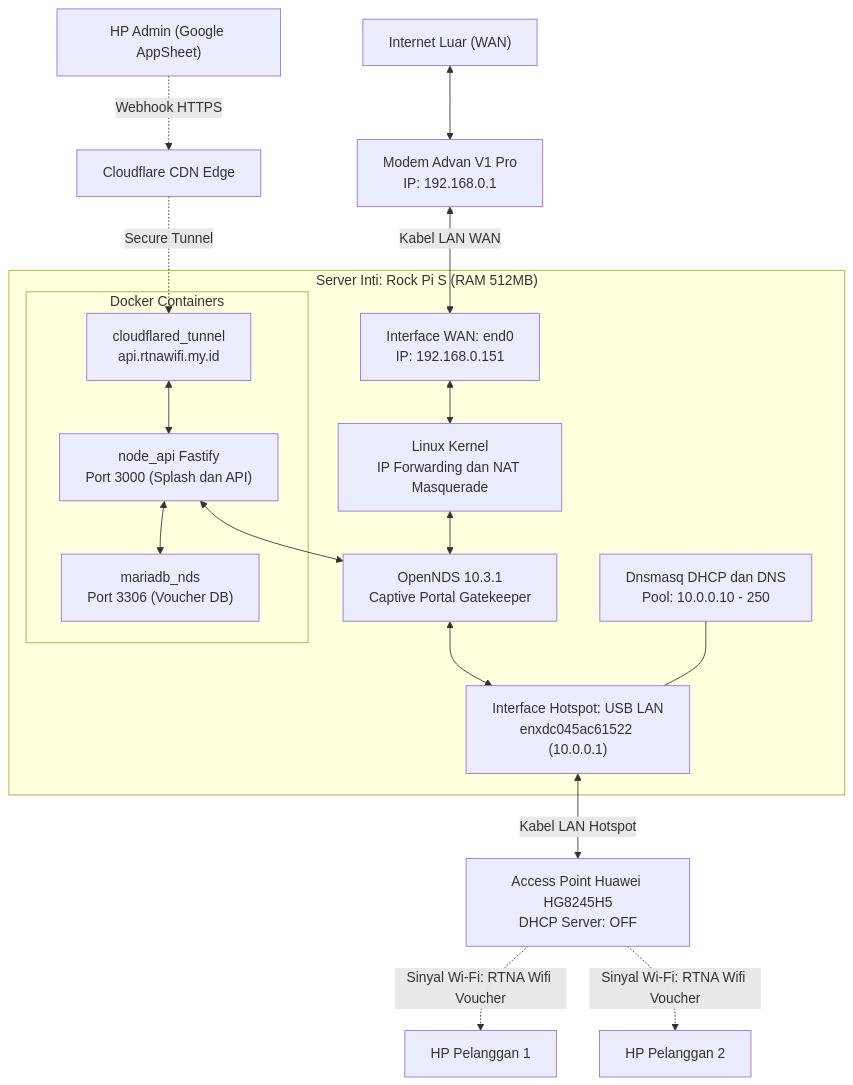
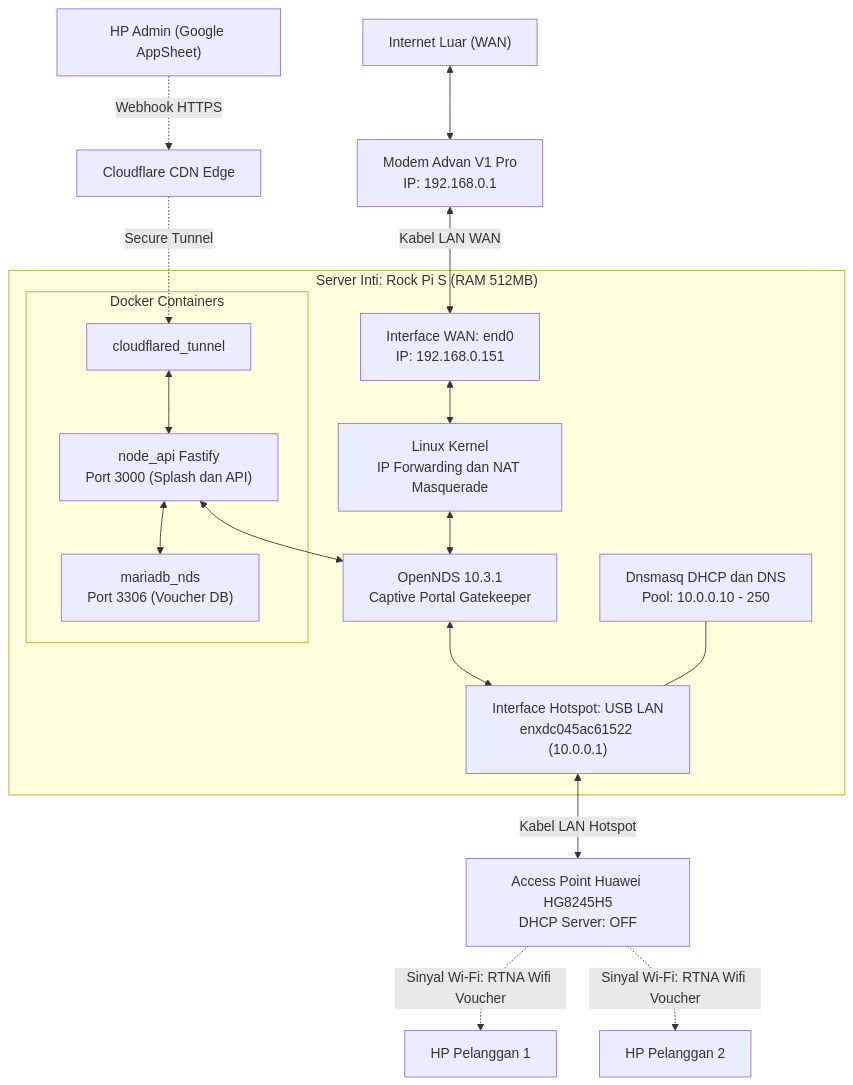
One commit to JuraganMuda/rockpis-wifivoucher changed the first of 5 diagrams in MASTER_SYSTEM_DOCUMENTATION.md. Above: the diagram before and after it, drawn with Mermaid. The commit also changed other lines of this file and 3 other files, not shown here.

````diff
--- a/MASTER_SYSTEM_DOCUMENTATION.md
+++ b/MASTER_SYSTEM_DOCUMENTATION.md
@@ -46,35 +46,35 @@
 ```mermaid
 flowchart TD
     Internet["Internet Luar (WAN)"] <--> Advan["Modem Advan V1 Pro<br/>IP: 192.168.0.1"]
     
     subgraph RockPiS ["Server Inti: Rock Pi S (RAM 512MB)"]
         end0["Interface WAN: end0<br/>IP: 192.168.0.151"]
         KernelRouting["Linux Kernel<br/>IP Forwarding dan NAT Masquerade"]
         Dnsmasq["Dnsmasq DHCP dan DNS<br/>Pool: 10.0.0.10 - 250"]
         OpenNDS["OpenNDS 10.3.1<br/>Captive Portal Gatekeeper"]
         USBLan["Interface Hotspot: USB LAN<br/>enxdc045ac61522 (10.0.0.1)"]
         
         subgraph DockerLayer ["Docker Containers"]
             NodeAPI["node_api Fastify<br/>Port 3000 (Splash dan API)"]
             MariaDB["mariadb_nds<br/>Port 3306 (Voucher DB)"]
-            Cloudflared["cloudflared_tunnel<br/>api.rtnawifi.my.id"]
+            Cloudflared["cloudflared_tunnel<br/><DOMAIN_API_ANDA_DISINI>"]
         end
     end
     
     Advan <-->|"Kabel LAN WAN"| end0
     end0 <--> KernelRouting
     KernelRouting <--> OpenNDS
     OpenNDS <--> USBLan
     Dnsmasq --- USBLan
     NodeAPI <--> OpenNDS
     NodeAPI <--> MariaDB
     Cloudflared <--> NodeAPI
     
     USBLan <-->|"Kabel LAN Hotspot"| HuaweiAP["Access Point Huawei HG8245H5<br/>DHCP Server: OFF"]
     
     HuaweiAP -.->|"Sinyal Wi-Fi: RTNA Wifi Voucher"| HP1["HP Pelanggan 1"]
     HuaweiAP -.->|"Sinyal Wi-Fi: RTNA Wifi Voucher"| HP2["HP Pelanggan 2"]
     
     AppSheetAdmin["HP Admin (Google AppSheet)"] -.->|"Webhook HTTPS"| CloudflareEdge["Cloudflare CDN Edge"]
     CloudflareEdge -.->|"Secure Tunnel"| Cloudflared
 ```
````
